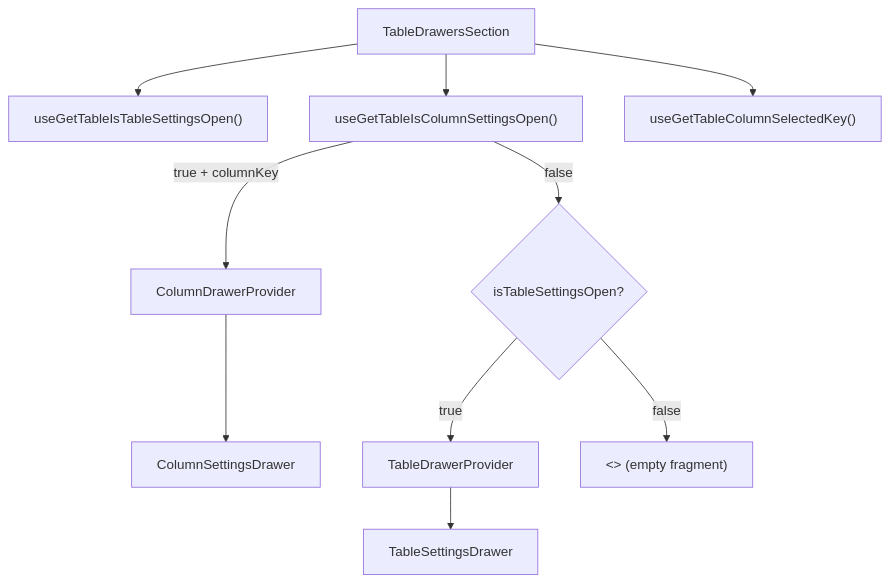
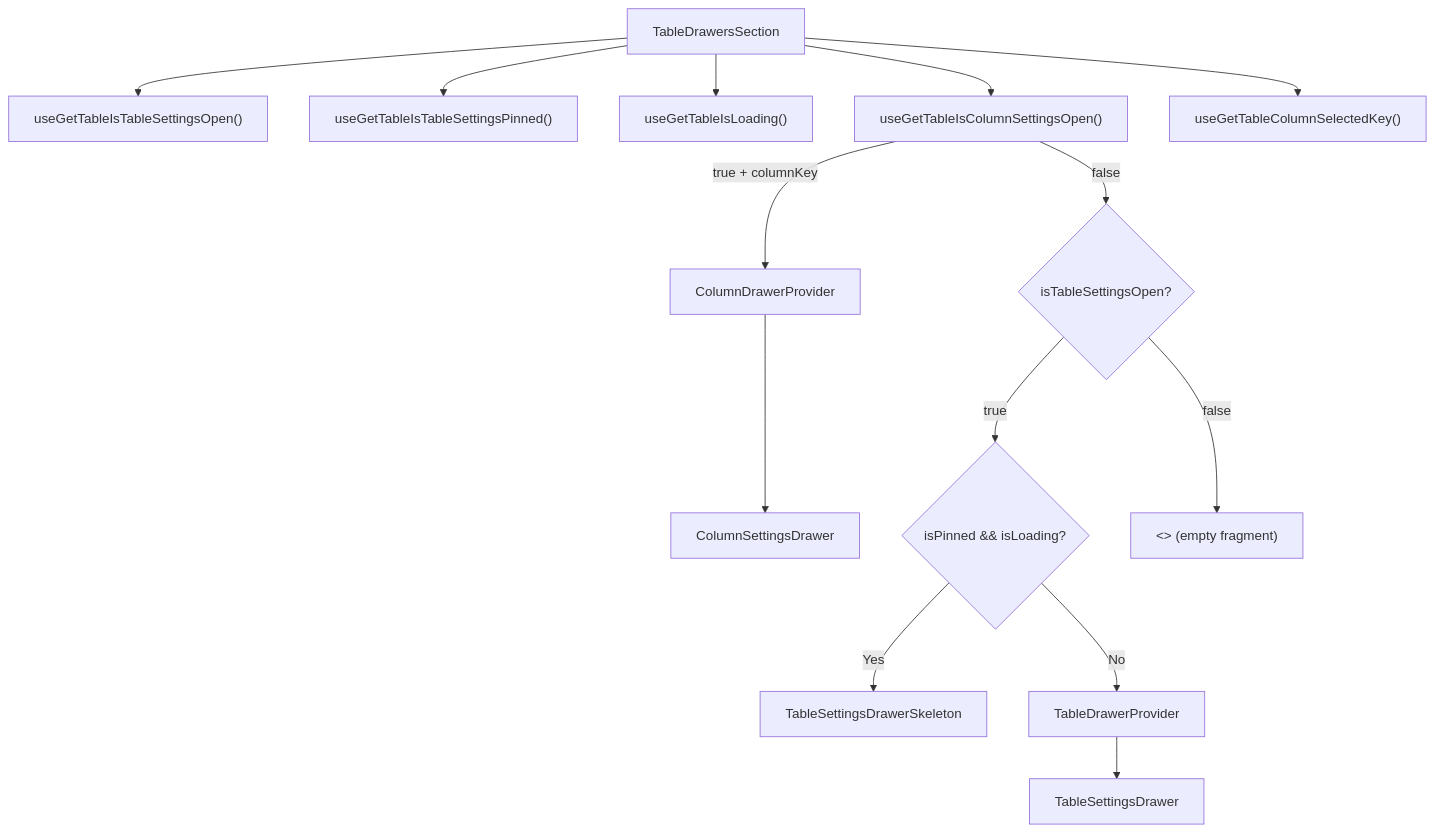
One commit to luciocabrera/lcabrera-stack changed the diagram in apps/react-router/src/components/Table/TableDrawersSection/ARCHITECTURE.md. Above: the diagram before and after it, drawn with Mermaid. The commit also changed other lines of this file and 51 other files, not shown here.

First line of the commit message:
feat: add busy state support across table settings drawer components

````diff
--- a/apps/react-router/src/components/Table/TableDrawersSection/ARCHITECTURE.md
+++ b/apps/react-router/src/components/Table/TableDrawersSection/ARCHITECTURE.md
@@ -18,14 +18,18 @@
 ```mermaid
 graph TD
   TDS["TableDrawersSection"] --> isTable["useGetTableIsTableSettingsOpen()"]
+  TDS --> isPinned["useGetTableIsTableSettingsPinned()"]
+  TDS --> isLoading["useGetTableIsLoading()"]
   TDS --> isCol["useGetTableIsColumnSettingsOpen()"]
   TDS --> colKey["useGetTableColumnSelectedKey()"]
 
   isCol -->|"true + columnKey"| CDP["ColumnDrawerProvider"]
   CDP --> CSD["ColumnSettingsDrawer"]
 
   isCol -->|false| check2{"isTableSettingsOpen?"}
-  check2 -->|true| TDP["TableDrawerProvider"]
+  check2 -->|true| check3{"isPinned && isLoading?"}
+  check3 -->|Yes| SK["TableSettingsDrawerSkeleton"]
+  check3 -->|No| TDP["TableDrawerProvider"]
   TDP --> TSD["TableSettingsDrawer"]
   check2 -->|false| empty["<> (empty fragment)"]
 ```
````
